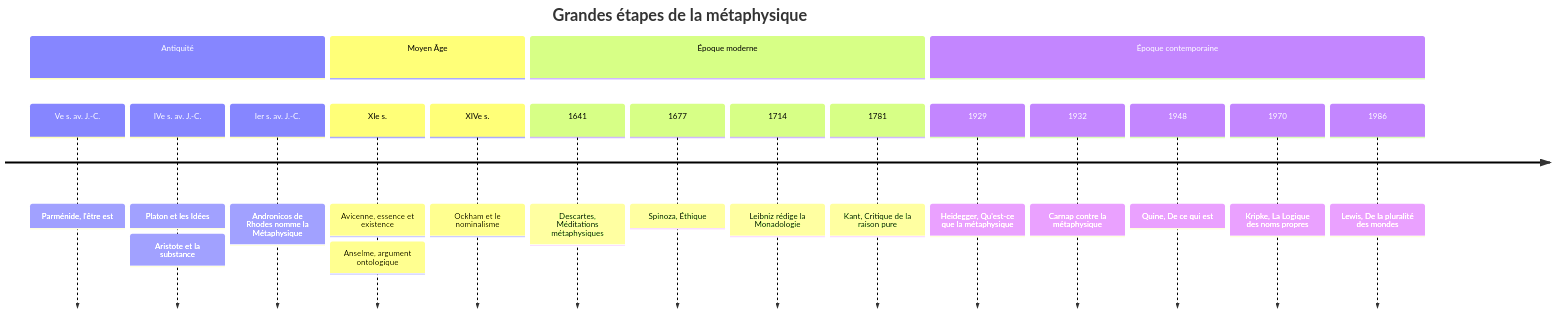
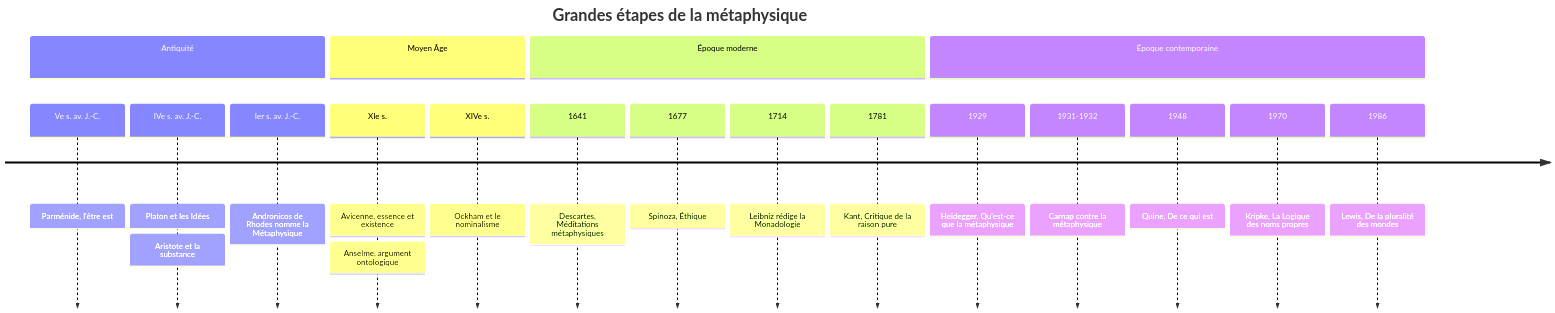
One commit to rwmicro/pensine changed the diagram in Social Sciences/Philosophy/Métaphysique.md. Above: the diagram before and after it, drawn with Mermaid. The commit also changed other lines of this file and 3 other files, not shown here.

````diff
--- a/Social Sciences/Philosophy/Métaphysique.md
+++ b/Social Sciences/Philosophy/Métaphysique.md
@@ -115,22 +115,22 @@
 ```mermaid
 timeline
     title Grandes étapes de la métaphysique
     section Antiquité
         Ve s. av. J.-C. : Parménide, l'être est
         IVe s. av. J.-C. : Platon et les Idées : Aristote et la substance
         Ier s. av. J.-C. : Andronicos de Rhodes nomme la Métaphysique
     section Moyen Âge
         XIe s. : Avicenne, essence et existence : Anselme, argument ontologique
         XIVe s. : Ockham et le nominalisme
     section Époque moderne
         1641 : Descartes, Méditations métaphysiques
         1677 : Spinoza, Éthique
         1714 : Leibniz rédige la Monadologie
         1781 : Kant, Critique de la raison pure
     section Époque contemporaine
         1929 : Heidegger, Qu'est-ce que la métaphysique
-        1932 : Carnap contre la métaphysique
+        1931-1932 : Carnap contre la métaphysique
         1948 : Quine, De ce qui est
         1970 : Kripke, La Logique des noms propres
         1986 : Lewis, De la pluralité des mondes
 ```
````
